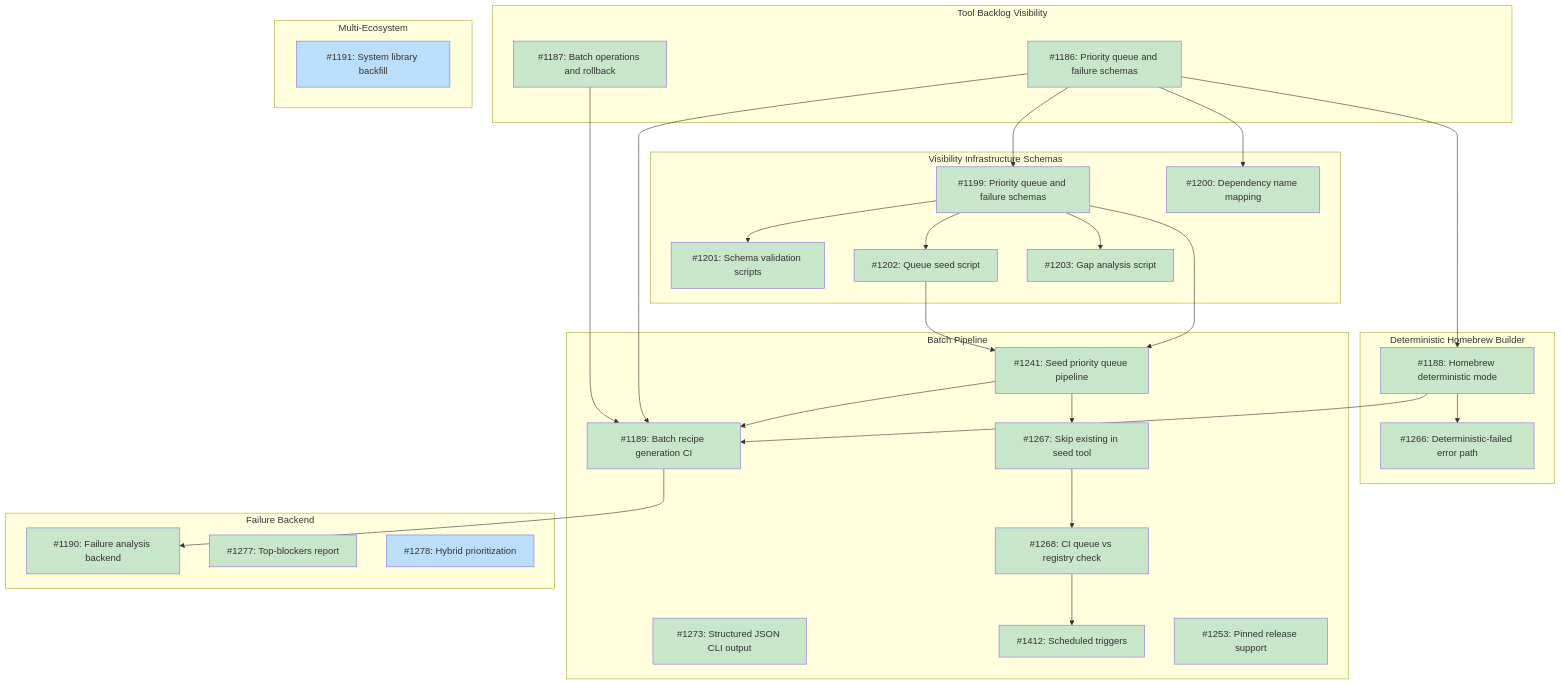
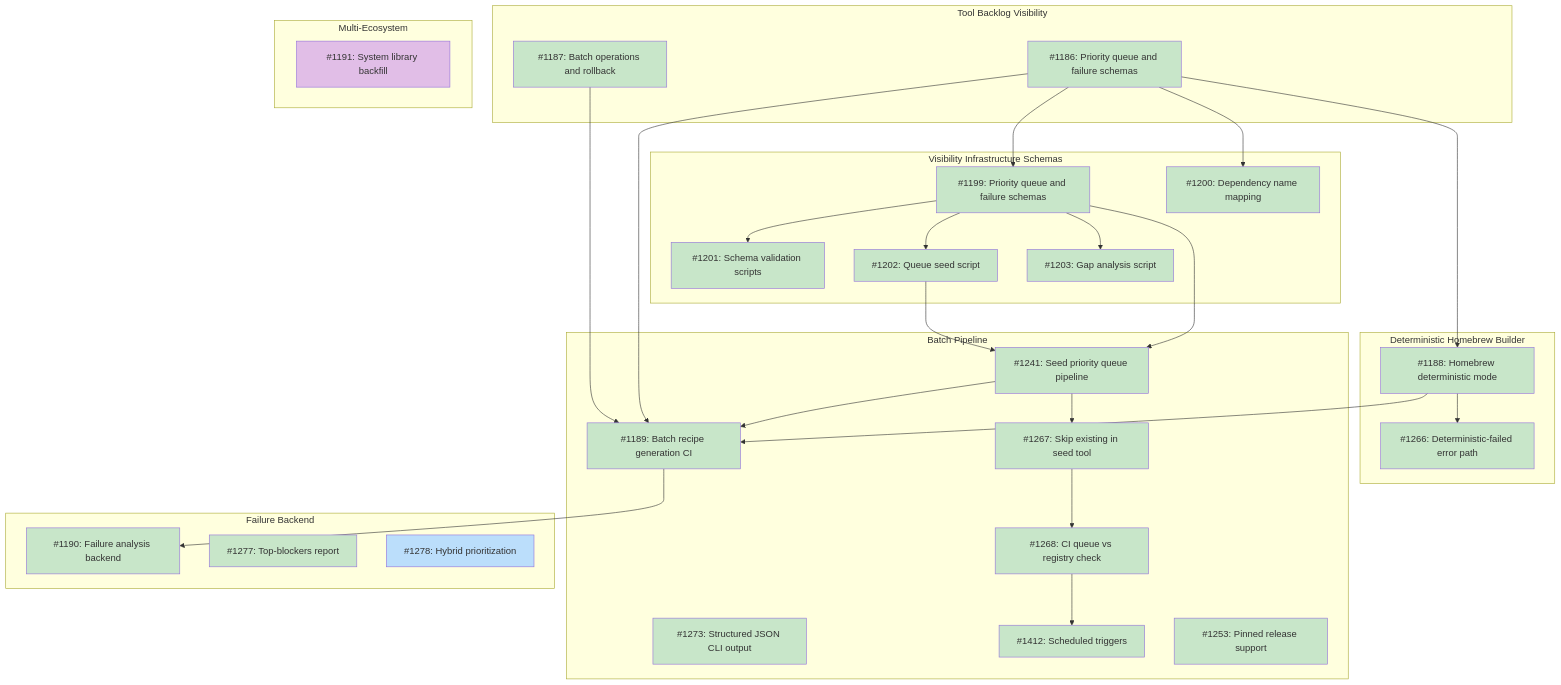
The diagram in docs/designs/DESIGN-registry-scale-strategy.md (tsukumogami/tsuku), drawn with Mermaid before and after one commit. The commit also changed other lines of this file, not shown here.

First line of the commit message:
fix(ci): link milestone deps and correct diagram class for #1191

````diff
--- a/docs/designs/DESIGN-registry-scale-strategy.md
+++ b/docs/designs/DESIGN-registry-scale-strategy.md
@@ -79,82 +79,82 @@
 ```mermaid
 graph TD
     subgraph M_Visibility["Tool Backlog Visibility"]
         I1186["#1186: Priority queue and failure schemas"]
         I1187["#1187: Batch operations and rollback"]
     end
 
     subgraph M50["Visibility Infrastructure Schemas"]
         I1199["#1199: Priority queue and failure schemas"]
         I1200["#1200: Dependency name mapping"]
         I1201["#1201: Schema validation scripts"]
         I1202["#1202: Queue seed script"]
         I1203["#1203: Gap analysis script"]
     end
 
     subgraph M_HomebrewBuilder["Deterministic Homebrew Builder"]
         I1188["#1188: Homebrew deterministic mode"]
         I1266["#1266: Deterministic-failed error path"]
     end
 
     subgraph M_BatchPipeline["Batch Pipeline"]
         I1241["#1241: Seed priority queue pipeline"]
         I1189["#1189: Batch recipe generation CI"]
         I1267["#1267: Skip existing in seed tool"]
         I1268["#1268: CI queue vs registry check"]
         I1273["#1273: Structured JSON CLI output"]
         I1412["#1412: Scheduled triggers"]
         I1253["#1253: Pinned release support"]
     end
 
     subgraph M_FailureBackend["Failure Backend"]
         I1190["#1190: Failure analysis backend"]
         I1277["#1277: Top-blockers report"]
         I1278["#1278: Hybrid prioritization"]
     end
 
     subgraph M_MultiEcosystem["Multi-Ecosystem"]
         I1191["#1191: System library backfill"]
     end
 
     I1186 --> I1199
     I1186 --> I1200
     I1199 --> I1201
     I1199 --> I1202
     I1199 --> I1203
     I1199 --> I1241
     I1202 --> I1241
     I1186 --> I1188
     I1241 --> I1189
     I1186 --> I1189
     I1187 --> I1189
     I1188 --> I1189
     I1188 --> I1266
     I1241 --> I1267
     I1267 --> I1268
     I1268 --> I1412
     I1189 --> I1190
     classDef done fill:#c8e6c9
     classDef ready fill:#bbdefb
     classDef blocked fill:#fff9c4
     classDef needsDesign fill:#e1bee7
 
     class I1186,I1187 done
     class I1200 done
     class I1199 done
     class I1188 done
     class I1201 done
     class I1202 done
     class I1203 done
     class I1241 done
     class I1189 done
     class I1267 done
     class I1268 done
     class I1273 done
     class I1266 done
     class I1412 done
     class I1253 done
     class I1190 done
     class I1277 done
     class I1278 ready
-    class I1191 ready
+    class I1191 needsDesign
 ```
````
